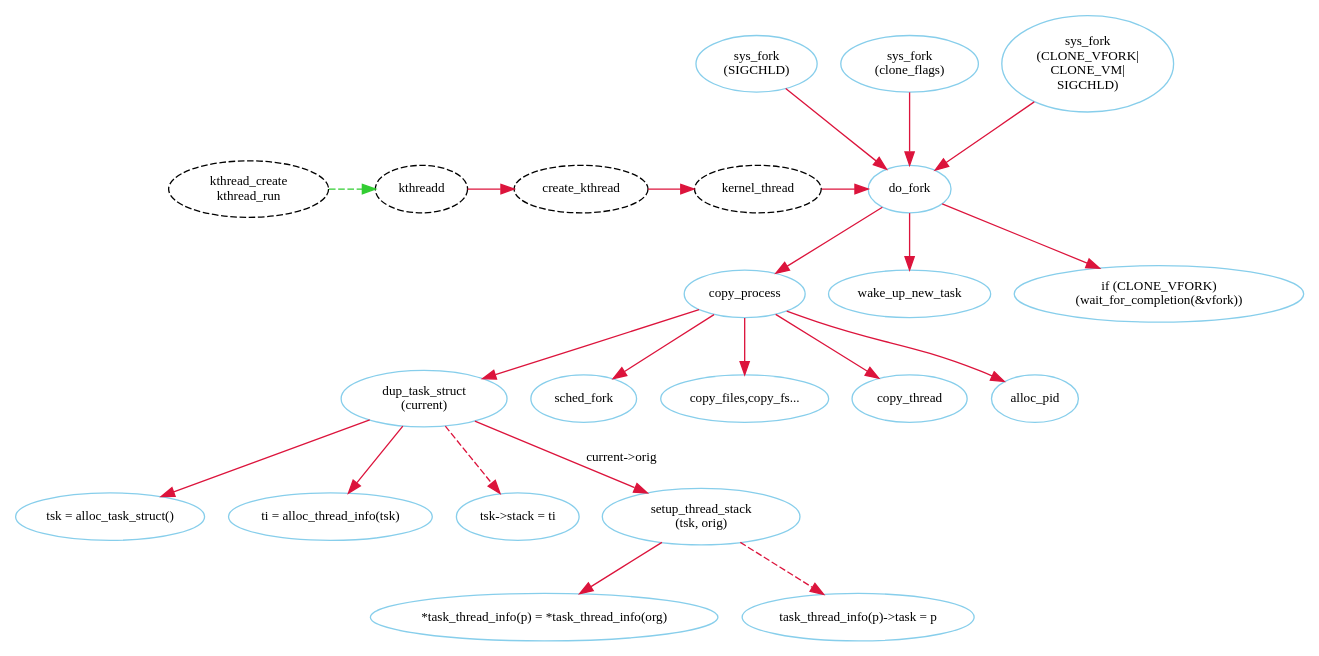
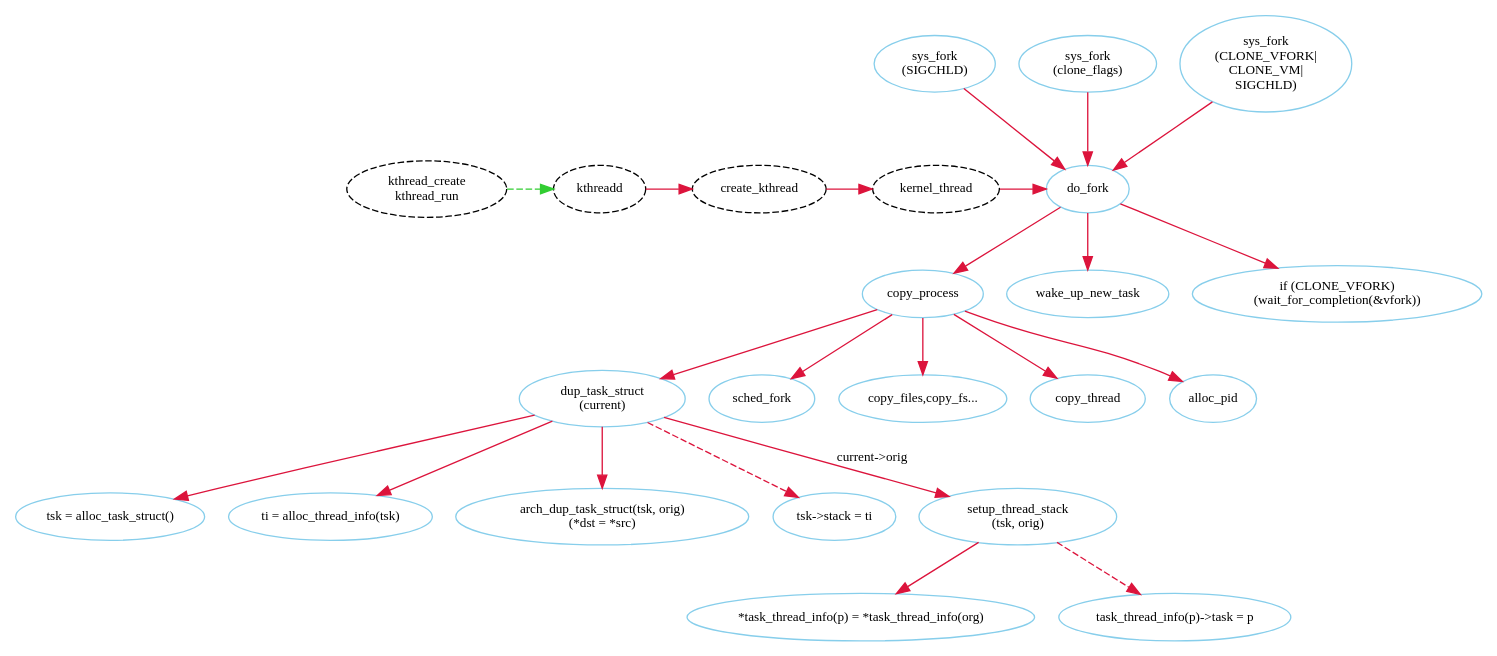
Before and after one commit to walte/graphdot: the diagram in kernel/fork.dot, drawn with Graphviz. The commit also changed 1 other file, not shown here.

```diff
--- a/kernel/fork.dot
+++ b/kernel/fork.dot
@@ -1,125 +1,126 @@
 /*
 node
 color: naveblue, skyblue, red, red4, crimson, forestgreen, limegreen
 style: solid, dotted, dashed, bold, rounded, filled
 shape:
 */
 
 /*
 edge
 color: naveblue, skyblue, red, red4, crimson, forestgreen, limegreen
 style: solid, dotted, dashed, bold 
 shape: 
 */
 
 /*
 rankdir: TB BT LR RL
 */
 
 digraph fork_dot{
 	fontname = "Verdana";
 	fontsize = 10;
 	rankdir=TB;
 	node [fontname = "Verdana", fontsize = 10, color="skyblue"];
 	edge [fontname = "Verdana", fontsize = 10, color="crimson", style="solid"];
 
 	sys_fork[label="sys_fork\n(SIGCHLD)"];
 	sys_vfork[label="sys_fork\n(clone_flags)"];
 	sys_clone[label="sys_fork\n(CLONE_VFORK|\nCLONE_VM|\nSIGCHLD)"];
 
 	sys_fork->do_fork
 	sys_vfork->do_fork
 	sys_clone->do_fork
 
 	//do_fork()
 	//1.
 	//p = copy_process(clone_flags, stack_start, regs, stack_size,
 	//				 child_tidptr, NULL, trace);
 	//2.
 	//if (unlikely(clone_flags & CLONE_STOPPED))
 	//		__set_task_state(p, TASK_STOPPED);
 	//	else 
 	//		wake_up_new_task(p, clone_flags);
 	//3.
 	//if (clone_flags & CLONE_VFORK)
 	//		wait_for_completion(&vfork);
 	do_fork->copy_process
 	do_fork->wake_up_new_task
 	do_fork->"if (CLONE_VFORK)\n(wait_for_completion(&vfork))"
 
 	//copy_process()
 	//1. 
 	//p = dup_task_struct(current);
 	//2.
 	//sched_fork(p, clone_flags)
 	//3.
 	//if ((retval = audit_alloc(p)))
 	//if ((retval = copy_semundo(clone_flags, p)))
 	//if ((retval = copy_files(clone_flags, p)))
 	//if ((retval = copy_fs(clone_flags, p)))
 	//if ((retval = copy_sighand(clone_flags, p)))
 	//if ((retval = copy_signal(clone_flags, p)))
 	//if ((retval = copy_mm(clone_flags, p)))
 	//if ((retval = copy_namespaces(clone_flags, p)))
 	//if ((retval = copy_io(clone_flags, p)))
 	//4.
 	//retval = copy_thread(0, clone_flags, stack_start, stack_size, p, regs);
 	//5.
 	//pid = alloc_pid(p->nsproxy->pid_ns);
 	//p->pid = pid_nr(pid);
 	//p->tgid = p->pid;
 	//if (clone_flags & CLONE_THREAD)
 	//	p->tgid = current->tgid;
 
 	//6.
 	///* CLONE_PARENT re-uses the old parent */
 	//if (clone_flags & (CLONE_PARENT|CLONE_THREAD)) {
 	//	p->real_parent = current->real_parent;
 	//	p->parent_exec_id = current->parent_exec_id;
 	//} else {
 	//	p->real_parent = current; (!!!)
 	//	p->parent_exec_id = current->self_exec_id;
 	//}
 	//7. thread
 	//p->group_leader = p;
 	//if (clone_flags & CLONE_THREAD)
 	//	p->group_leader = current->group_leader;
 	//	list_add_tail_rcu(&p->thread_group, &p->group_leader->thread_group);
 	//8.
 	//list_add_tail(&p->sibling, &p->real_parent->children);
 	//tracehook_finish_clone(p, clone_flags, trace);(!!!child->parent = child->real_parent;)
 	//9. task
 	//if (thread_group_leader(p)) 
 	//	list_add_tail_rcu(&p->tasks, &init_task.tasks)
 	
 	copy_process->dup_task_struct
 	copy_process->sched_fork
 	copy_process->"copy_files,copy_fs..."
 	copy_process->copy_thread
 	copy_process->alloc_pid
 	//copy_process->"if (clone_flags & CLONE_THREAD)\nlist_add_tail_rcu(&p->thread_group, &p->group_leader->thread_group);"
 	//copy_process->"list_add_tail(&p->sibling, &p->real_parent->children)"
 	//copy_process->"if (thread_group_leader(p))\nlist_add_tail_rcu(&p->tasks, &init_task.tasks)"
 
 	//dup_task_struct()
 	dup_task_struct[label="dup_task_struct\n(current)"];
 
 	dup_task_struct->"tsk = alloc_task_struct()"
 	dup_task_struct->"ti = alloc_thread_info(tsk)"
+	dup_task_struct->"arch_dup_task_struct(tsk, orig)\n(*dst = *src)"
 	dup_task_struct->"tsk->stack = ti"[style="dashed"]
 	dup_task_struct->setup_thread_stack[label="current->orig"]
 
 	//setup_thread_stack()
 	setup_thread_stack[label="setup_thread_stack\n(tsk, orig)"];
 
 	setup_thread_stack->"*task_thread_info(p) = *task_thread_info(org)"
 	setup_thread_stack->"task_thread_info(p)->task = p"[style="dashed"]
 
 	//kernel thread releated
 	node [fontname = "Verdana", fontsize = 10, color="black", style="dashed"];
 	{rank=same;kthread_create kthreadd create_kthread kernel_thread do_fork}
 	kthread_create[label="kthread_create\nkthread_run"];
 	
 	kthread_create->kthreadd[color="limegreen", style="dashed"]
 	kthreadd->create_kthread->kernel_thread->do_fork
 }
```
